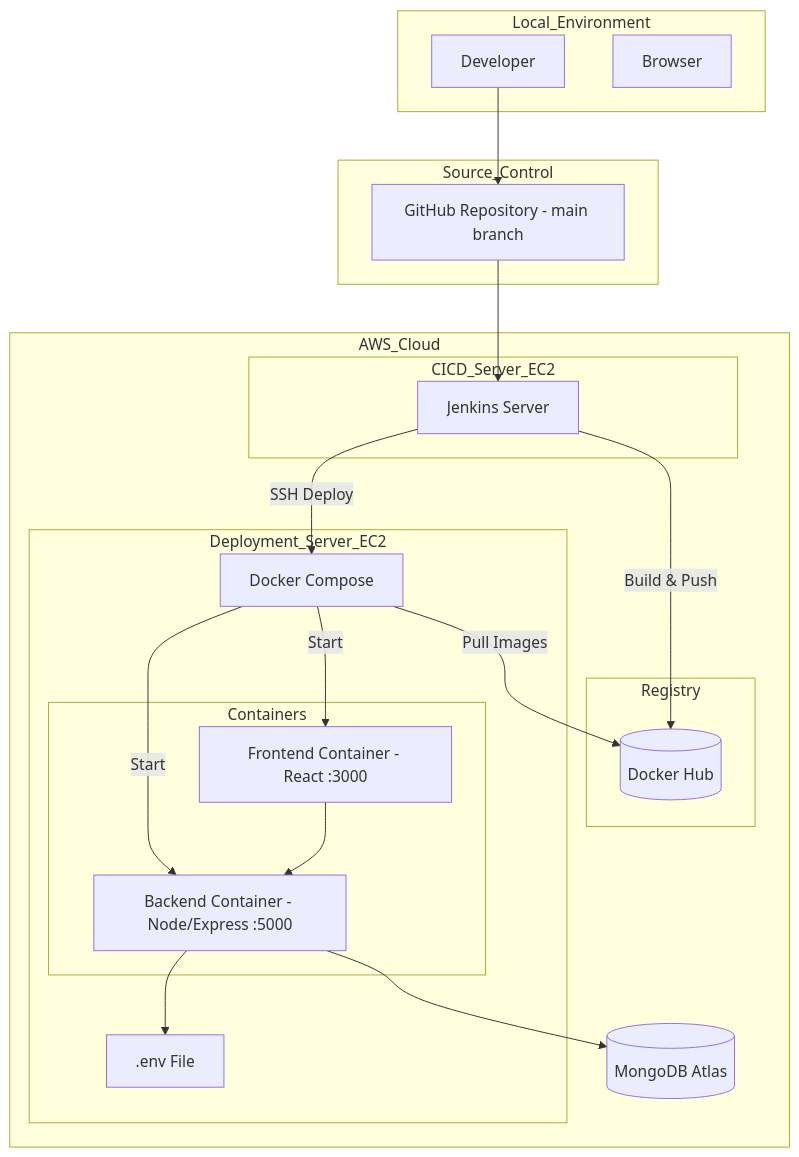
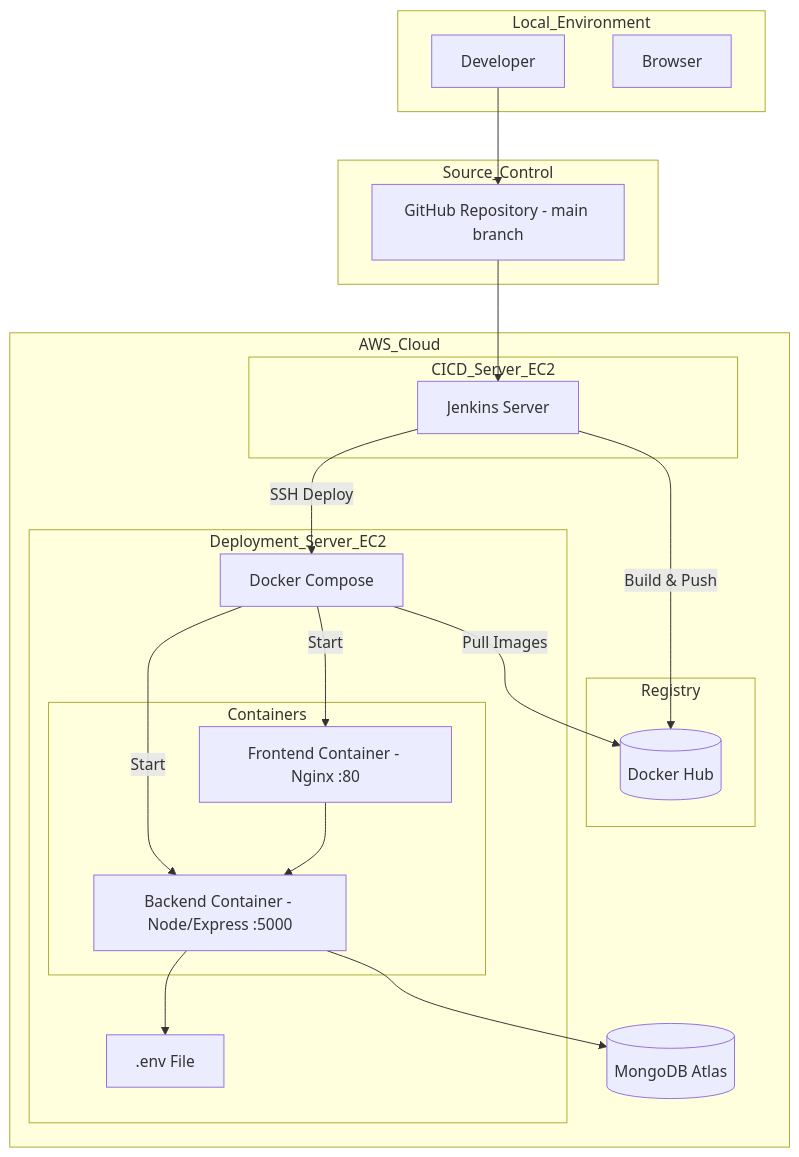
One commit to SahanjithD/Draftly changed the diagram in README.md. Above: the diagram before and after it, drawn with Mermaid. The commit also changed other lines of this file and 3 other files, not shown here.

````diff
--- a/README.md
+++ b/README.md
@@ -108,49 +133,49 @@
 ```mermaid
 graph TD
     subgraph Local_Environment
         Dev[Developer]
         LocalBrowser[Browser]
     end
 
     subgraph Source_Control
         GitHub["GitHub Repository - main branch"]
     end
 
     subgraph AWS_Cloud
 
         subgraph CICD_Server_EC2
             Jenkins[Jenkins Server]
         end
 
         subgraph Registry
             DockerHub[(Docker Hub)]
         end
 
         subgraph Deployment_Server_EC2
             DockerCompose[Docker Compose]
 
             subgraph Containers
-                Frontend["Frontend Container - React :3000"]
+                Frontend["Frontend Container - Nginx :80"]
                 Backend["Backend Container - Node/Express :5000"]
             end
 
             EnvFile[".env File"]
         end
 
         Database[(MongoDB Atlas)]
     end
 
     Dev --> GitHub
     GitHub --> Jenkins
 
     Jenkins -- Build & Push --> DockerHub
     Jenkins -- SSH Deploy --> DockerCompose
 
     DockerCompose -- Pull Images --> DockerHub
     DockerCompose -- Start --> Frontend
     DockerCompose -- Start --> Backend
 
     Frontend --> Backend
     Backend --> Database
     Backend --> EnvFile
 ```
````
